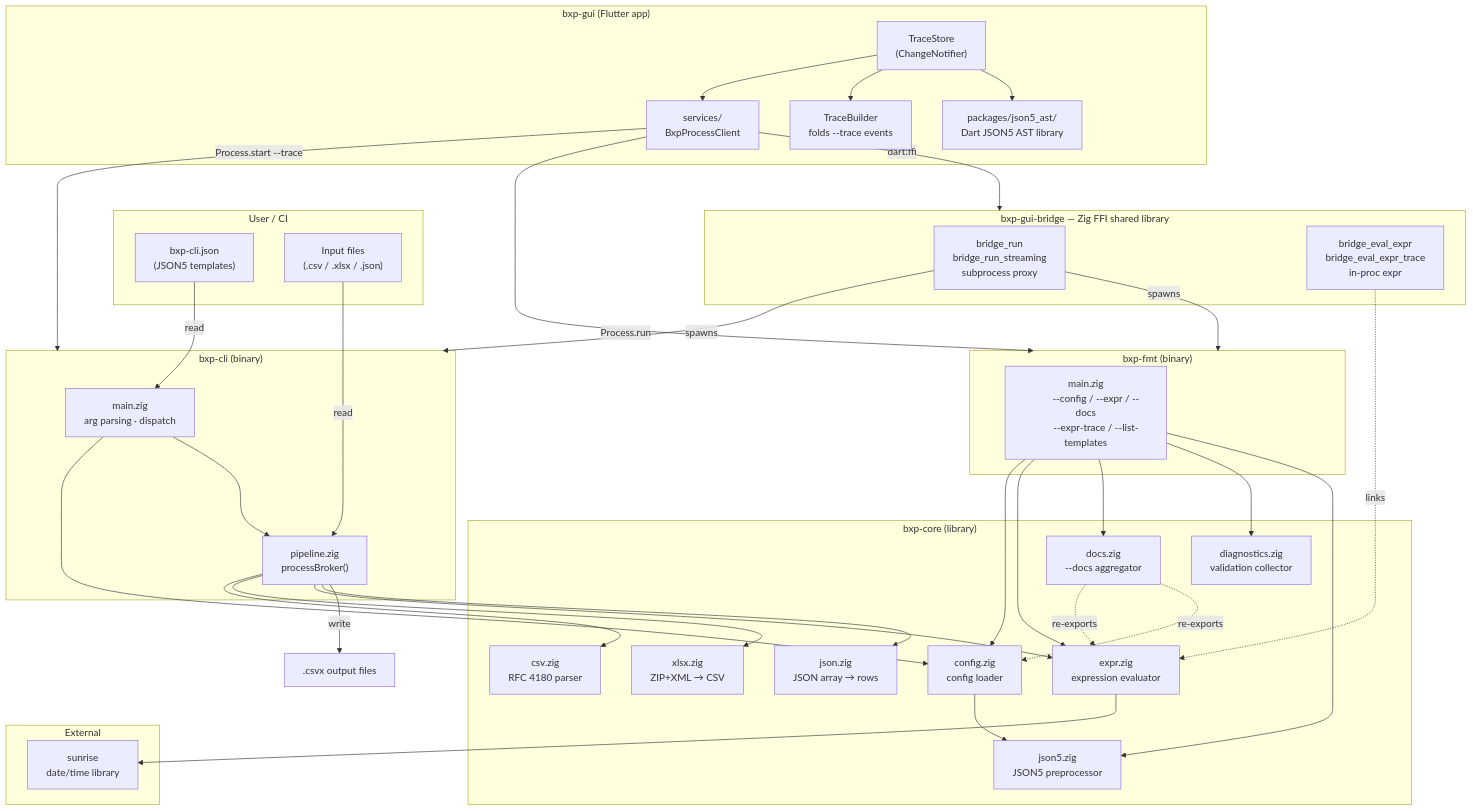
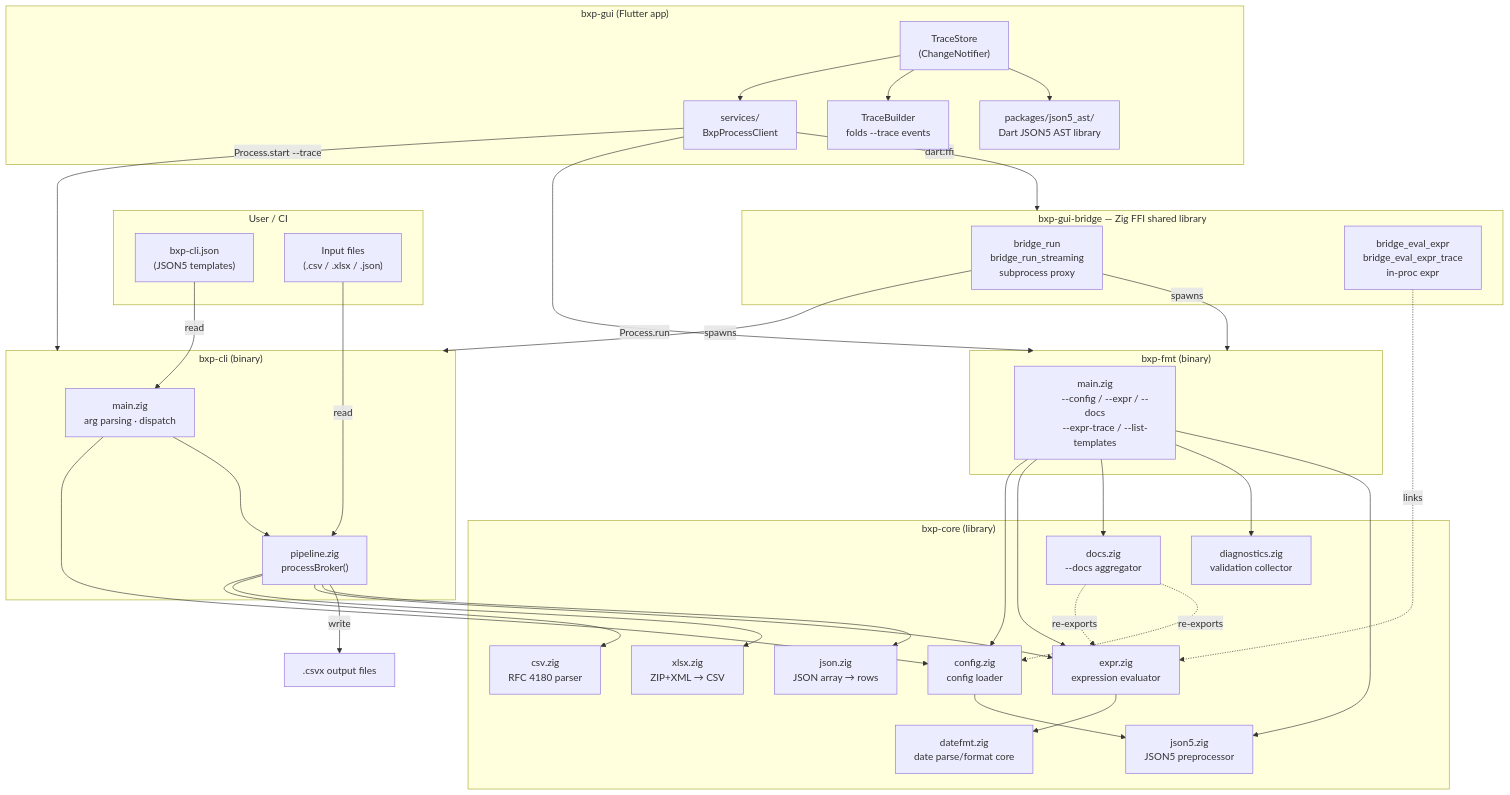
Before and after one commit to zaxified/bxp: the first of 15 diagrams in docs/architecture.md, drawn with Mermaid. The commit also changed other lines of this file and 32 other files, not shown here.

```diff
--- a/docs/architecture.md
+++ b/docs/architecture.md
@@ -75,6 +75,8 @@
         ZIP+XML → CSV"]
         EXPR["expr.zig
         expression evaluator"]
+        DATEFMT["datefmt.zig
+        date parse/format core"]
         CFG2["config.zig
         config loader"]
         JSON["json.zig
@@ -87,11 +89,6 @@
         validation collector"]
     end
 
-    subgraph Ext["External"]
-        SUNRISE["sunrise
-        date/time library"]
-    end
-
     CFG -->|read| MAIN
     DATA -->|read| PIPE
     MAIN --> CFG2
@@ -101,7 +98,7 @@
     PIPE --> EXPR
     PIPE --> JSON
     CFG2 --> JSON5
-    EXPR --> SUNRISE
+    EXPR --> DATEFMT
     PIPE -->|write| OUT[".csvx output files"]
 
     FMTMAIN --> CFG2
```
